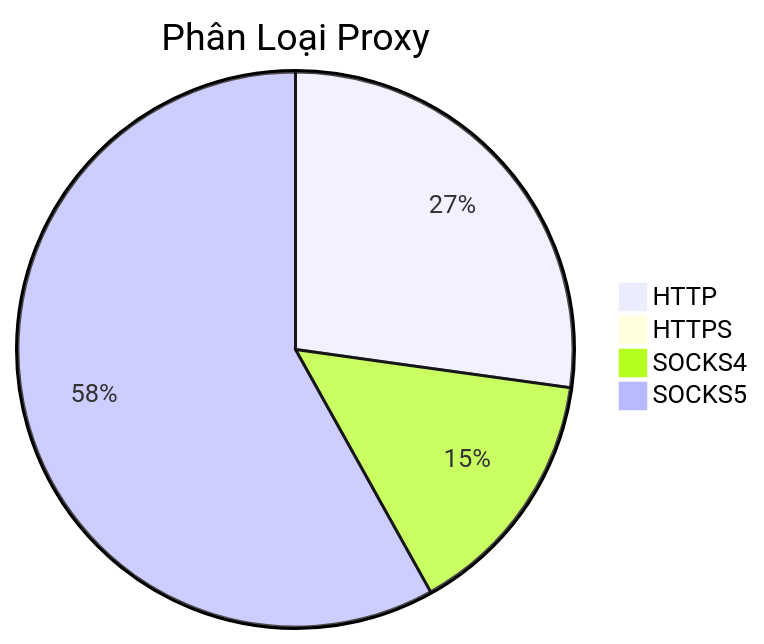
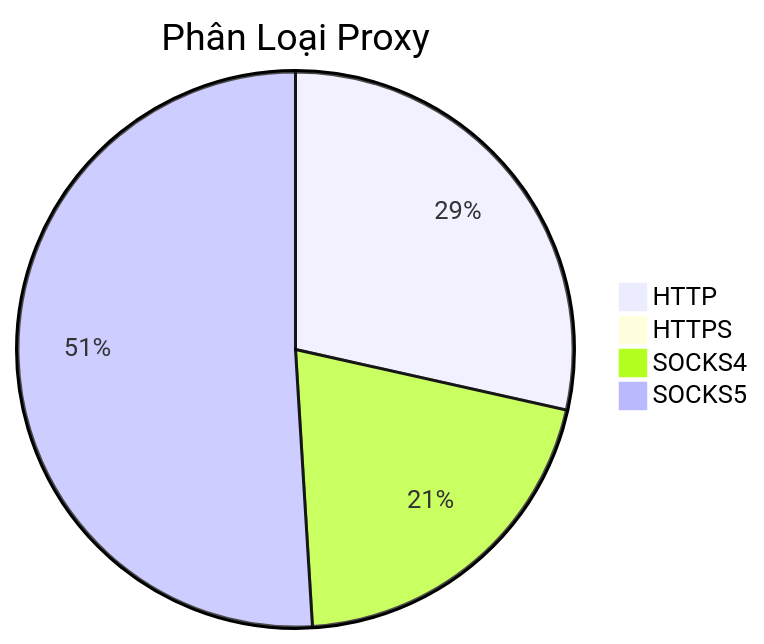
One commit to Ciara-12/PROXY-free changed the diagram in README.md. Above: the diagram before and after it, drawn with Mermaid. The commit also changed other lines of this file and 3 other files, not shown here.

````diff
--- a/README.md
+++ b/README.md
@@ -26,7 +26,7 @@
 ```mermaid
 pie title Phân Loại Proxy
-    "HTTP" : 551
+    "HTTP" : 468
     "HTTPS" : 0
-    "SOCKS4" : 298
-    "SOCKS5" : 1177
+    "SOCKS4" : 337
+    "SOCKS5" : 837
 ```
````
